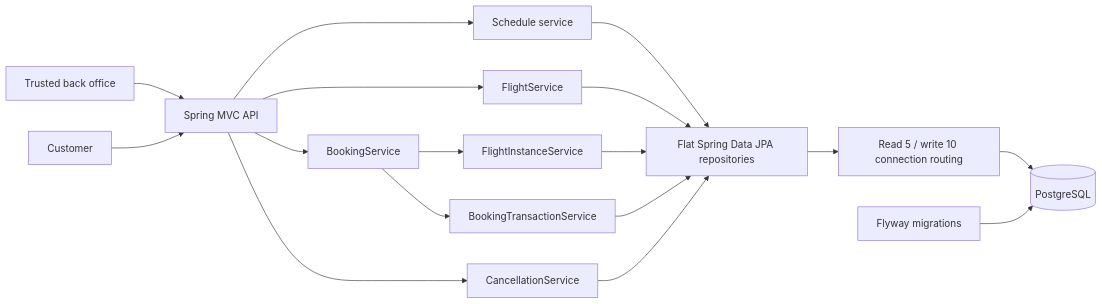
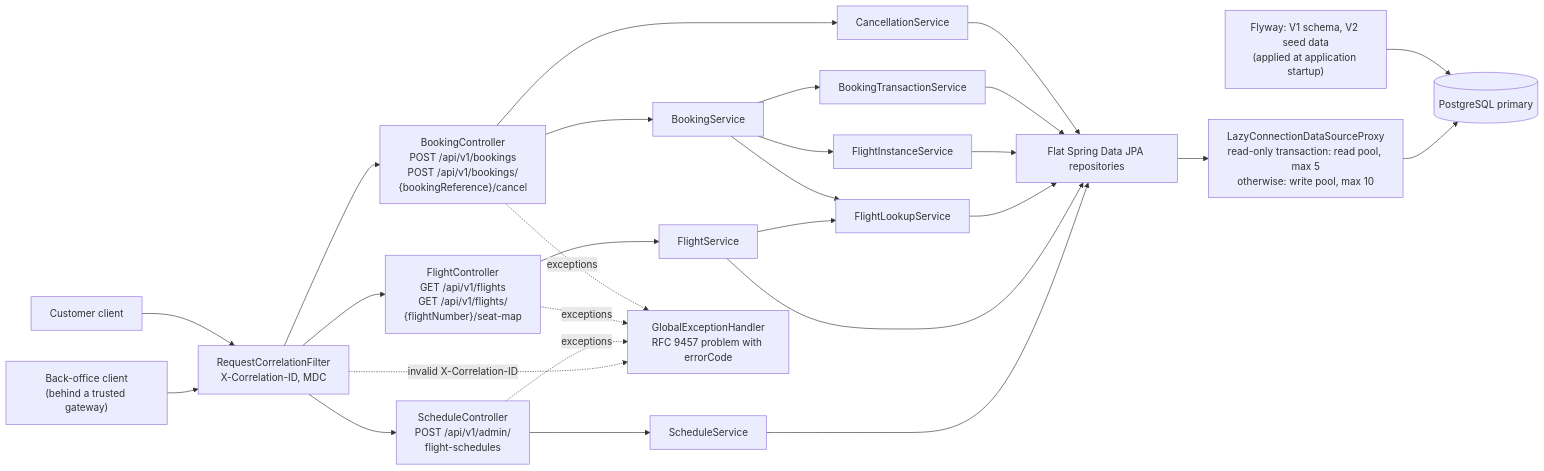
Before and after one commit to Nishant006/airline-ticketing-system: the first of 5 diagrams in hld/architecture.md, drawn with Mermaid. The commit also changed other lines of this file and 26 other files, not shown here.

Commit message:
decision diagram added

````diff
--- a/hld/architecture.md
+++ b/hld/architecture.md
@@ -24,19 +30,31 @@
 ```mermaid
 flowchart LR
-    Admin[Trusted back office] --> API[Spring MVC API]
-    Customer[Customer] --> API
-    API --> Schedule[Schedule service]
-    API --> Flight[FlightService]
-    API --> Booking[BookingService]
-    API --> Cancel[CancellationService]
+    Admin["Back-office client<br/>(behind a trusted gateway)"] --> Filter
+    Customer[Customer client] --> Filter
+    Filter["RequestCorrelationFilter<br/>X-Correlation-ID, MDC"]
+    Filter --> SC["ScheduleController<br/>POST /api/v1/admin/<br/>flight-schedules"]
+    Filter --> FC["FlightController<br/>GET /api/v1/flights<br/>GET /api/v1/flights/<br/>{flightNumber}/seat-map"]
+    Filter --> BC["BookingController<br/>POST /api/v1/bookings<br/>POST /api/v1/bookings/<br/>{bookingReference}/cancel"]
+    SC --> Schedule[ScheduleService]
+    FC --> Flight[FlightService]
+    BC --> Booking[BookingService]
+    BC --> Cancel[CancellationService]
+    Flight --> Lookup[FlightLookupService]
+    Booking --> Lookup
     Booking --> Materializer[FlightInstanceService]
     Booking --> Writer[BookingTransactionService]
     Schedule --> Repositories[Flat Spring Data JPA repositories]
     Flight --> Repositories
+    Lookup --> Repositories
     Materializer --> Repositories
     Writer --> Repositories
     Cancel --> Repositories
-    Repositories --> Pools[Read 5 / write 10 connection routing]
-    Pools --> DB[(PostgreSQL)]
-    Flyway[Flyway migrations] --> DB
+    Repositories --> Router["LazyConnectionDataSourceProxy<br/>read-only transaction: read pool, max 5<br/>otherwise: write pool, max 10"]
+    Router --> DB[(PostgreSQL primary)]
+    Flyway["Flyway: V1 schema, V2 seed data<br/>(applied at application startup)"] --> DB
+    Handler["GlobalExceptionHandler<br/>RFC 9457 problem with errorCode"]
+    Filter -. invalid X-Correlation-ID .-> Handler
+    SC -. exceptions .-> Handler
+    FC -. exceptions .-> Handler
+    BC -. exceptions .-> Handler
 ```
````
